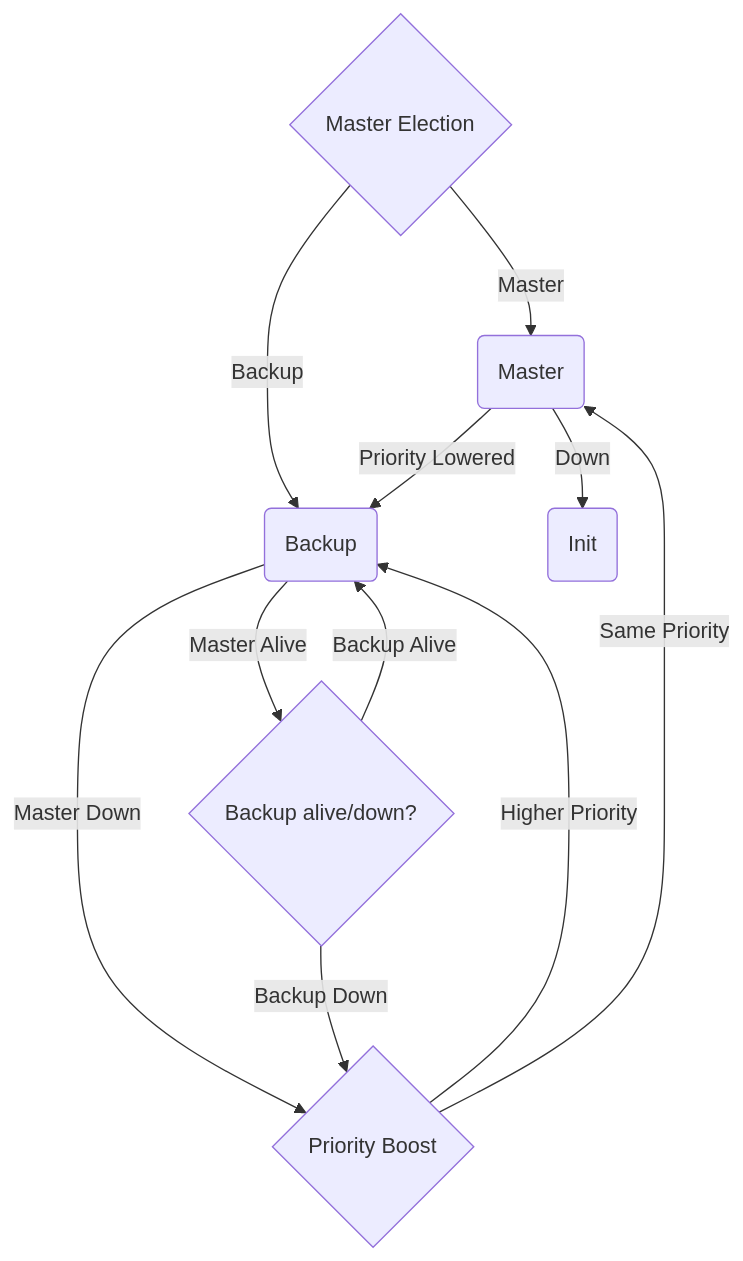
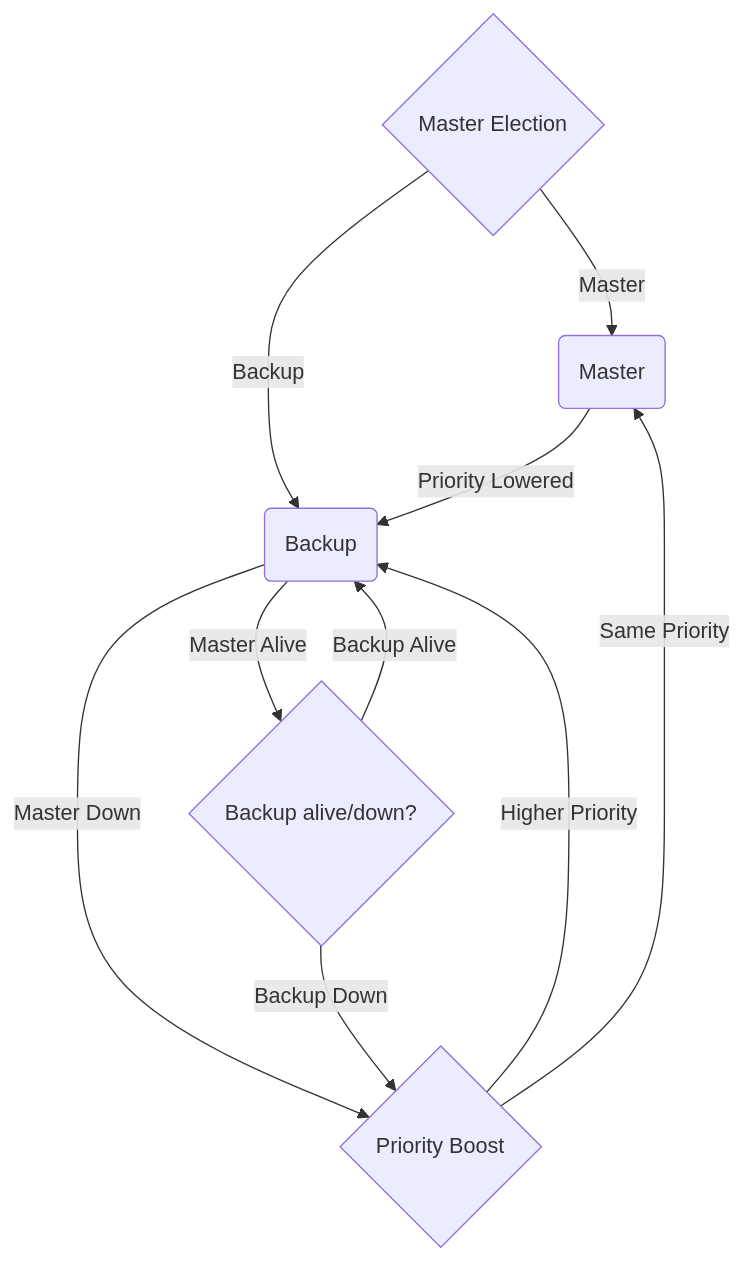
One commit to emmahone/vrrp-state-machine changed the diagram in README.md. Above: the diagram before and after it, drawn with Mermaid.

````diff
--- a/README.md
+++ b/README.md
@@ -3,14 +3,13 @@
 ```mermaid
 graph TD
     B{Master Election}
     B -->|Master| C(Master)
     B -->|Backup| D(Backup)
     C -->|Priority Lowered| D
-    C -->|Down| E(Init)
     D -->|Master Alive| F{Backup alive/down?}
     D -->|Master Down| G{Priority Boost}
     G -->|Higher Priority| D
     G -->|Same Priority| C
     F -->|Backup Alive| D
     F -->|Backup Down| G
 ```
````
